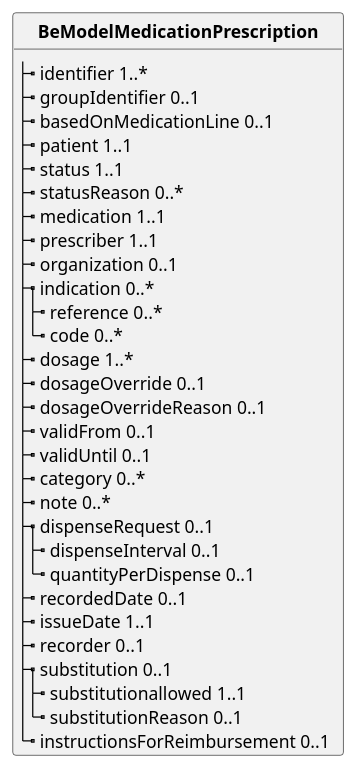
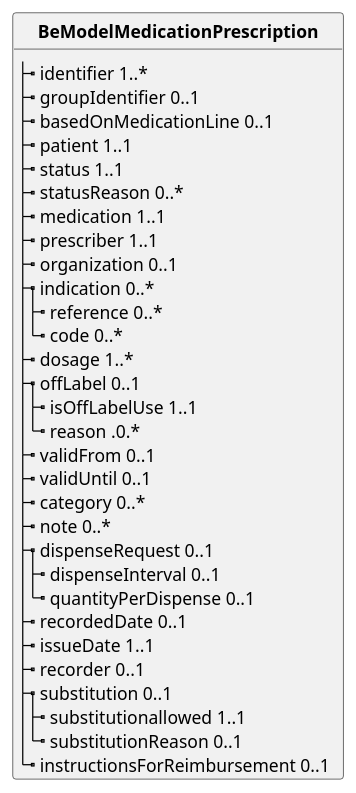
One commit to hl7-be/medication changed the diagram in input/images-source/be-model-medicationprescription.plantuml. Above: the diagram before and after it, drawn with PlantUML. The commit also changed 7 other files, not shown here.

First line of the commit message:
rename dosageOverride to offLabel + reorder elements

```diff
--- a/input/images-source/be-model-medicationprescription.plantuml
+++ b/input/images-source/be-model-medicationprescription.plantuml
@@ -1,40 +1,41 @@
 @startuml
 skinparam linetype polyline
 hide circle
 hide stereotype
 
 class "**BeModelMedicationPrescription**" as BeModelMedicationPrescription {
   |_ identifier 1..*   
   |_ groupIdentifier 0..1   
   |_ basedOnMedicationLine 0..1   
   |_ patient 1..1   
   |_ status 1..1   
   |_ statusReason 0..*   
   |_ medication 1..1   
   |_ prescriber 1..1   
   |_ organization 0..1   
   |_ indication 0..*   
     |_ reference 0..*   
     |_ code 0..*   
   |_ dosage 1..*   
-  |_ dosageOverride 0..1   
-  |_ dosageOverrideReason 0..1   
+  |_ offLabel 0..1   
+    |_ isOffLabelUse 1..1   
+    |_ reason .0.*   
   |_ validFrom 0..1   
   |_ validUntil 0..1   
   |_ category 0..*   
   |_ note 0..*   
   |_ dispenseRequest 0..1   
     |_ dispenseInterval 0..1   
     |_ quantityPerDispense 0..1   
   |_ recordedDate 0..1   
   |_ issueDate 1..1   
   |_ recorder 0..1   
   |_ substitution 0..1   
     |_ substitutionallowed 1..1   
     |_ substitutionReason 0..1   
   |_ instructionsForReimbursement 0..1   
 }
 
 
 
 @enduml
```
